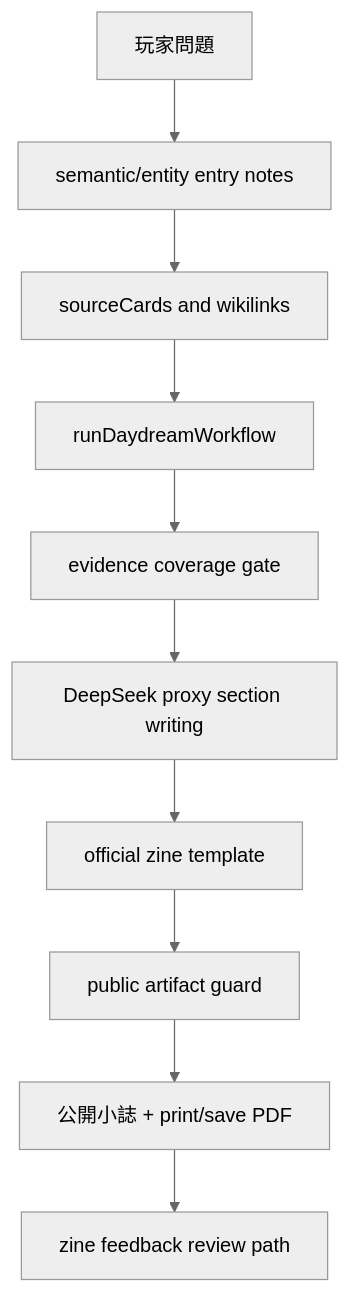
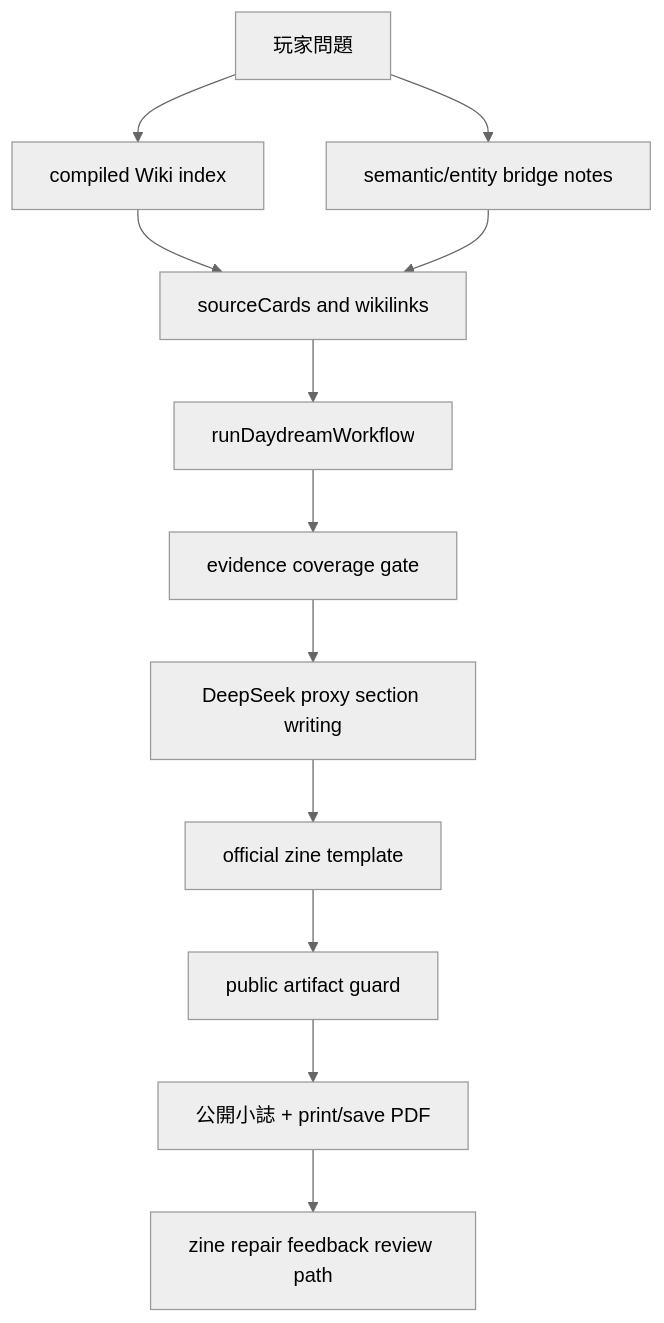
The third of 4 diagrams in obsidian-vault/PBS Runtime Architecture.md (weiweiweiopen/peach-blossom-spring), drawn with Mermaid (neutral theme) before and after one commit. The commit also changed other lines of this file and 26 other files, not shown here.

Commit message:
Thicken compiled wiki middle layer

````diff
--- a/obsidian-vault/PBS Runtime Architecture.md
+++ b/obsidian-vault/PBS Runtime Architecture.md
@@ -42,12 +56,14 @@
 ```mermaid
 graph TD
-  Q[玩家問題] --> Entry[semantic/entity entry notes]
-  Entry --> Cards[sourceCards and wikilinks]
+  Q[玩家問題] --> WikiIndex[compiled Wiki index]
+  Q --> Entry[semantic/entity bridge notes]
+  WikiIndex --> Cards[sourceCards and wikilinks]
+  Entry --> Cards
   Cards --> Workflow[runDaydreamWorkflow]
   Workflow --> Gate[evidence coverage gate]
   Gate --> LLM[DeepSeek proxy section writing]
   LLM --> Template[official zine template]
   Template --> Guard[public artifact guard]
   Guard --> Output[公開小誌 + print/save PDF]
-  Output --> Feedback[zine feedback review path]
+  Output --> Feedback[zine repair feedback review path]
 ```
````
